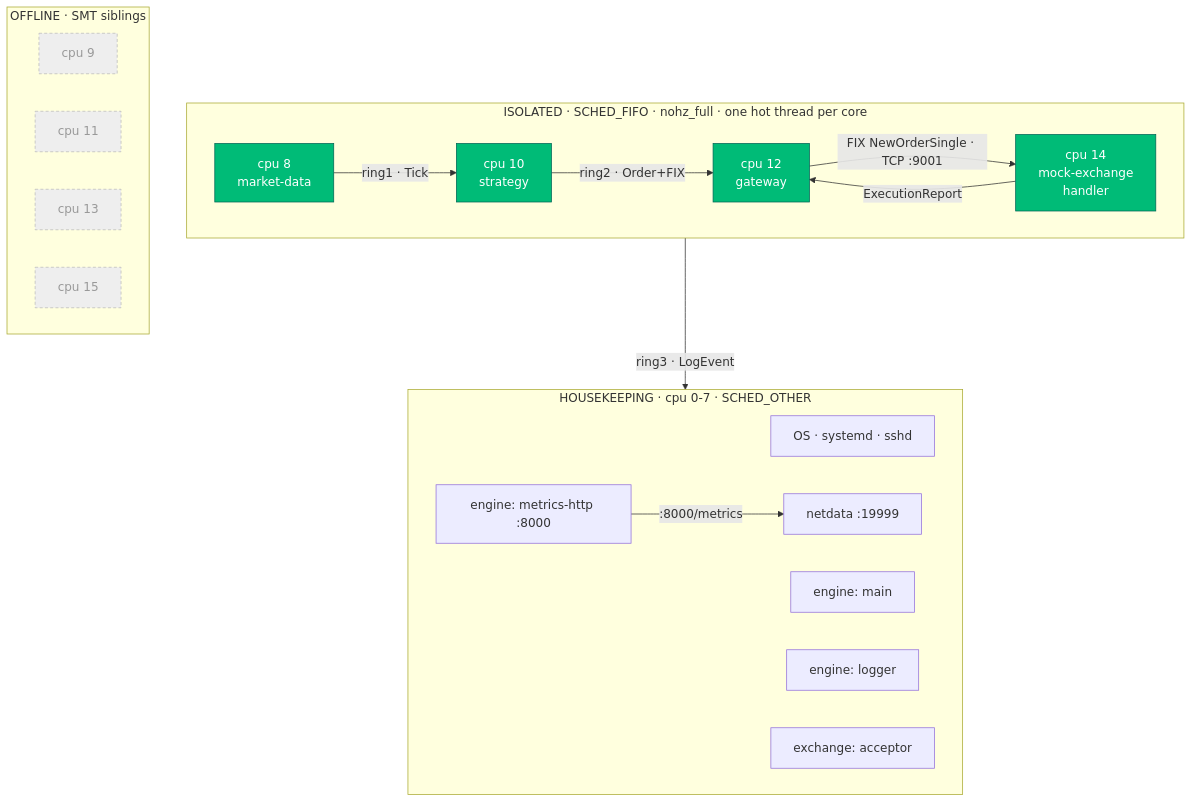
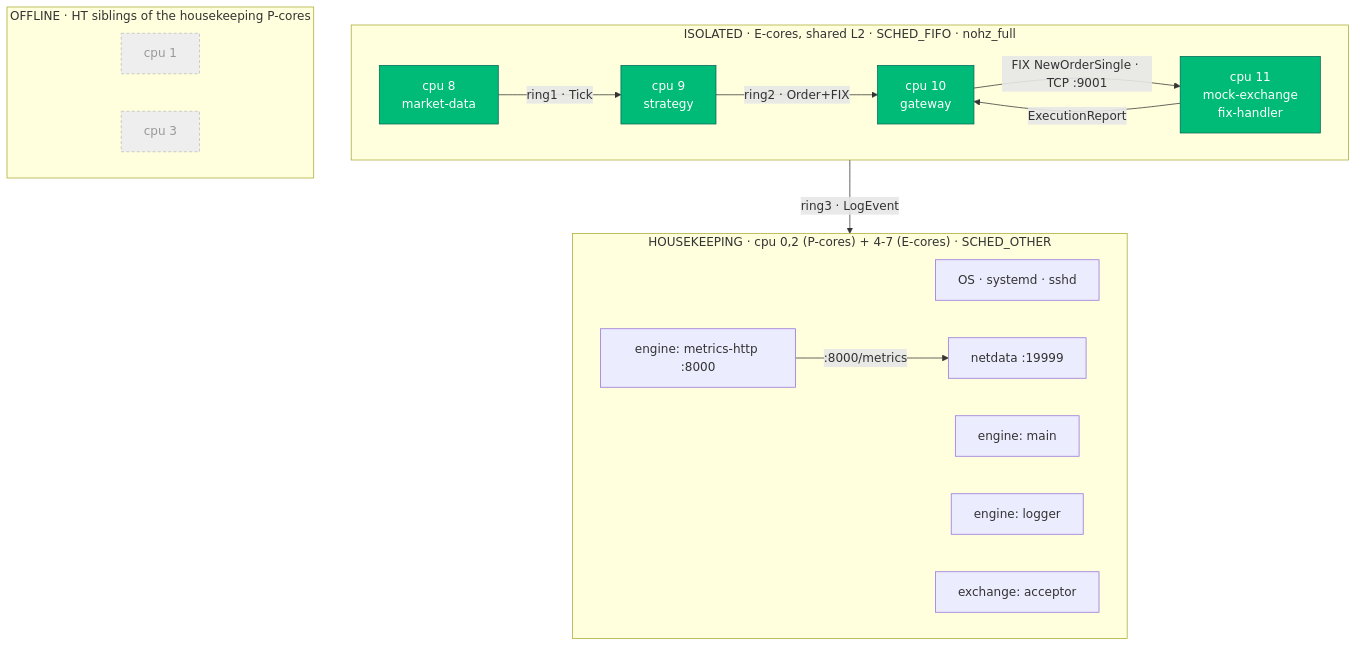
Before and after one commit to Abhay-Sengar/CppTradeSimulation-and-operationsAutomation: the diagram in README.md, drawn with Mermaid. The commit also changed other lines of this file and 21 other files, not shown here.

````diff
--- a/README.md
+++ b/README.md
@@ -62,36 +100,34 @@
 ```mermaid
 flowchart TB
-  subgraph HK["HOUSEKEEPING · cpu 0-7 · SCHED_OTHER"]
+  subgraph HK["HOUSEKEEPING · cpu 0,2 (P-cores) + 4-7 (E-cores) · SCHED_OTHER"]
     direction LR
     os["OS · systemd · sshd"]
     nd["netdata :19999"]
     em["engine: main"]
     el["engine: logger"]
     eh["engine: metrics-http :8000"]
     ea["exchange: acceptor"]
   end
-  subgraph ISO["ISOLATED · SCHED_FIFO · nohz_full · one hot thread per core"]
+  subgraph ISO["ISOLATED · E-cores, shared L2 · SCHED_FIFO · nohz_full"]
     direction LR
     c8["cpu 8<br/>market-data"]
-    c10["cpu 10<br/>strategy"]
-    c12["cpu 12<br/>gateway"]
-    c14["cpu 14<br/>mock-exchange<br/>handler"]
+    c9["cpu 9<br/>strategy"]
+    c10["cpu 10<br/>gateway"]
+    c11["cpu 11<br/>mock-exchange<br/>fix-handler"]
   end
-  subgraph OFF["OFFLINE · SMT siblings"]
+  subgraph OFF["OFFLINE · HT siblings of the housekeeping P-cores"]
     direction LR
-    c9["cpu 9"]
-    c11["cpu 11"]
-    c13["cpu 13"]
-    c15["cpu 15"]
+    c1["cpu 1"]
+    c3["cpu 3"]
   end
-  c8 -->|"ring1 · Tick"| c10
-  c10 -->|"ring2 · Order+FIX"| c12
-  c12 -->|"FIX NewOrderSingle · TCP :9001"| c14
-  c14 -->|"ExecutionReport"| c12
-  c12 -->|"ring3 · LogEvent"| el
+  c8 -->|"ring1 · Tick"| c9
+  c9 -->|"ring2 · Order+FIX"| c10
+  c10 -->|"FIX NewOrderSingle · TCP :9001"| c11
+  c11 -->|"ExecutionReport"| c10
+  c10 -->|"ring3 · LogEvent"| el
   eh -->|":8000/metrics"| nd
   classDef off fill:#eee,stroke:#bbb,color:#999,stroke-dasharray:4 3;
-  class c9,c11,c13,c15 off;
+  class c1,c3 off;
   classDef hot fill:#0b7,stroke:#065,color:#fff;
-  class c8,c10,c12,c14 hot;
+  class c8,c9,c10,c11 hot;
 ```
````
